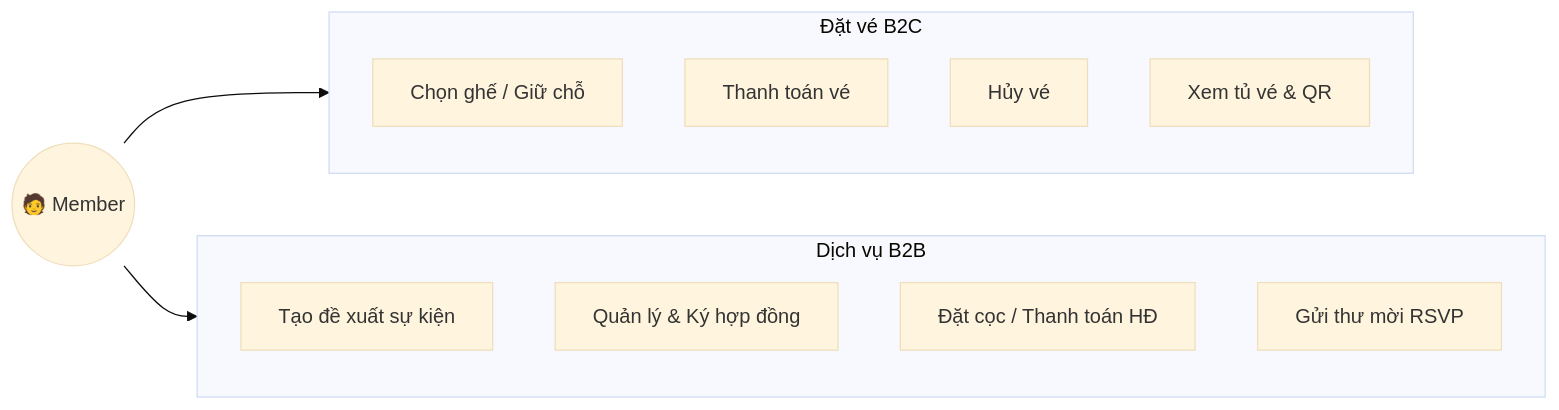
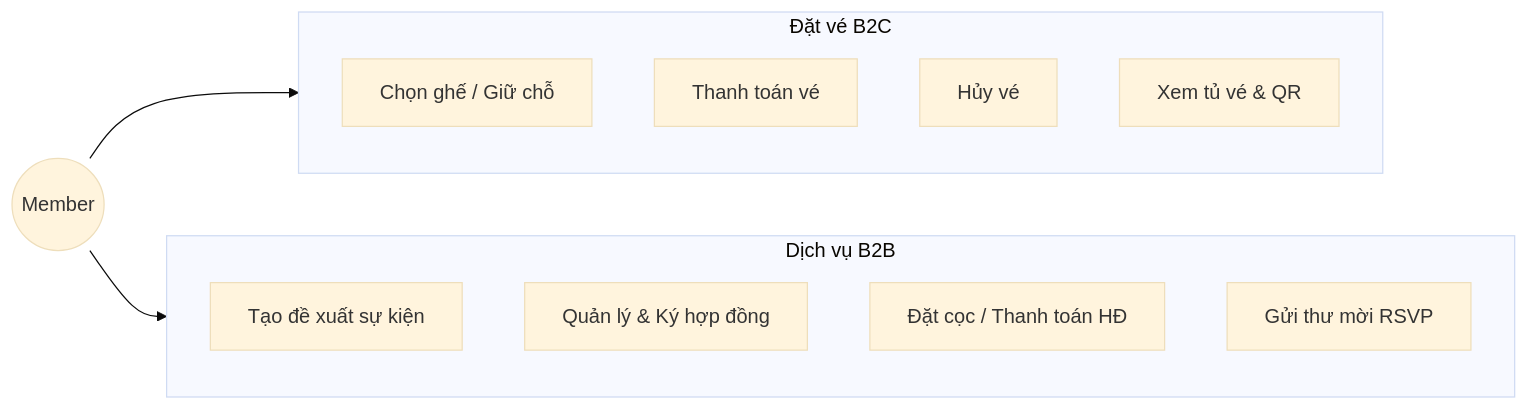
The second of 8 diagrams in README.md (HoNhutHao-1006/Baocaocuoiki-GVNguyenTanPhuoc), drawn with Mermaid (base theme) before and after one commit. The commit also changed other lines of this file and 28 other files, not shown here.

````diff
--- a/README.md
+++ b/README.md
@@ -219,18 +223,18 @@
 ```mermaid
 graph LR
-    MEMBER(("🧑 Member"))
+    MEMBER(("Member"))
     subgraph TICKET["Đặt vé B2C"]
         UC_HOLD["Chọn ghế / Giữ chỗ"]
         UC_PAY["Thanh toán vé"]
         UC_CANCEL["Hủy vé"]
         UC_MYTICKET["Xem tủ vé & QR"]
     end
     subgraph B2B["Dịch vụ B2B"]
         UC_PROPOSAL["Tạo đề xuất sự kiện"]
         UC_CONTRACT["Quản lý & Ký hợp đồng"]
         UC_DEPOSIT["Đặt cọc / Thanh toán HĐ"]
         UC_RSVP["Gửi thư mời RSVP"]
     end
     MEMBER --> TICKET
     MEMBER --> B2B
 ```
````
